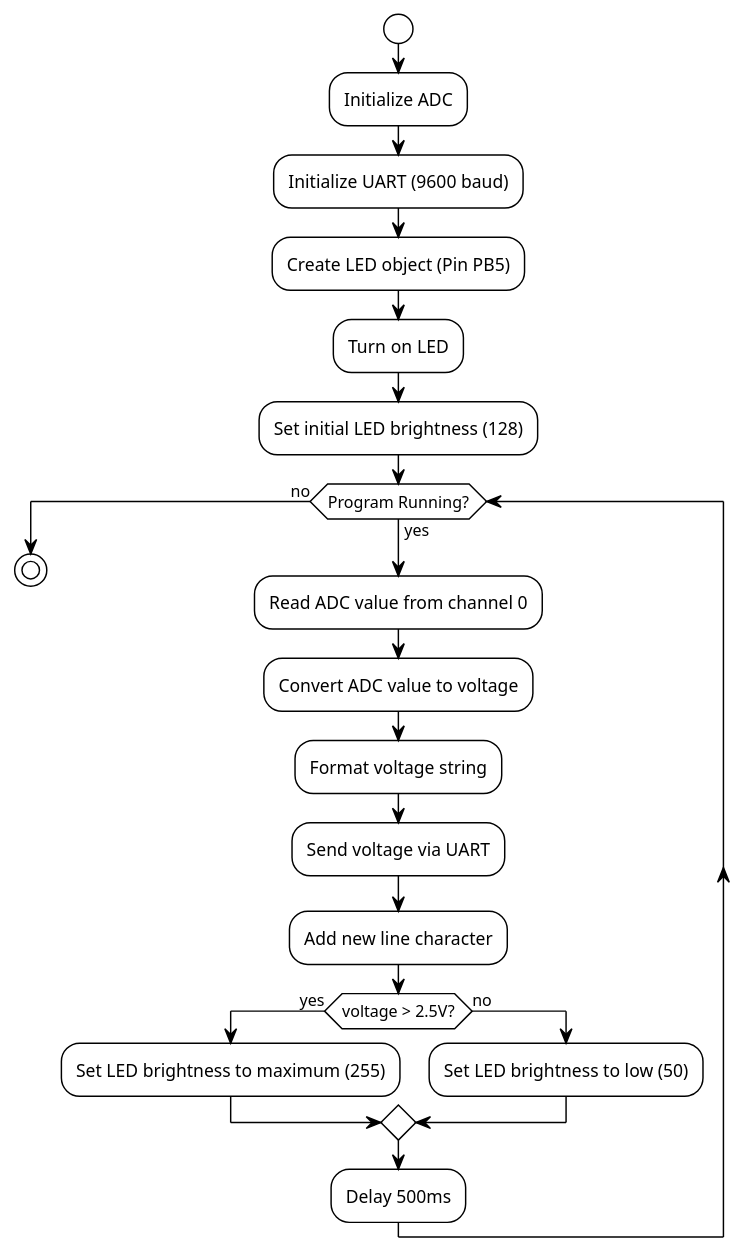
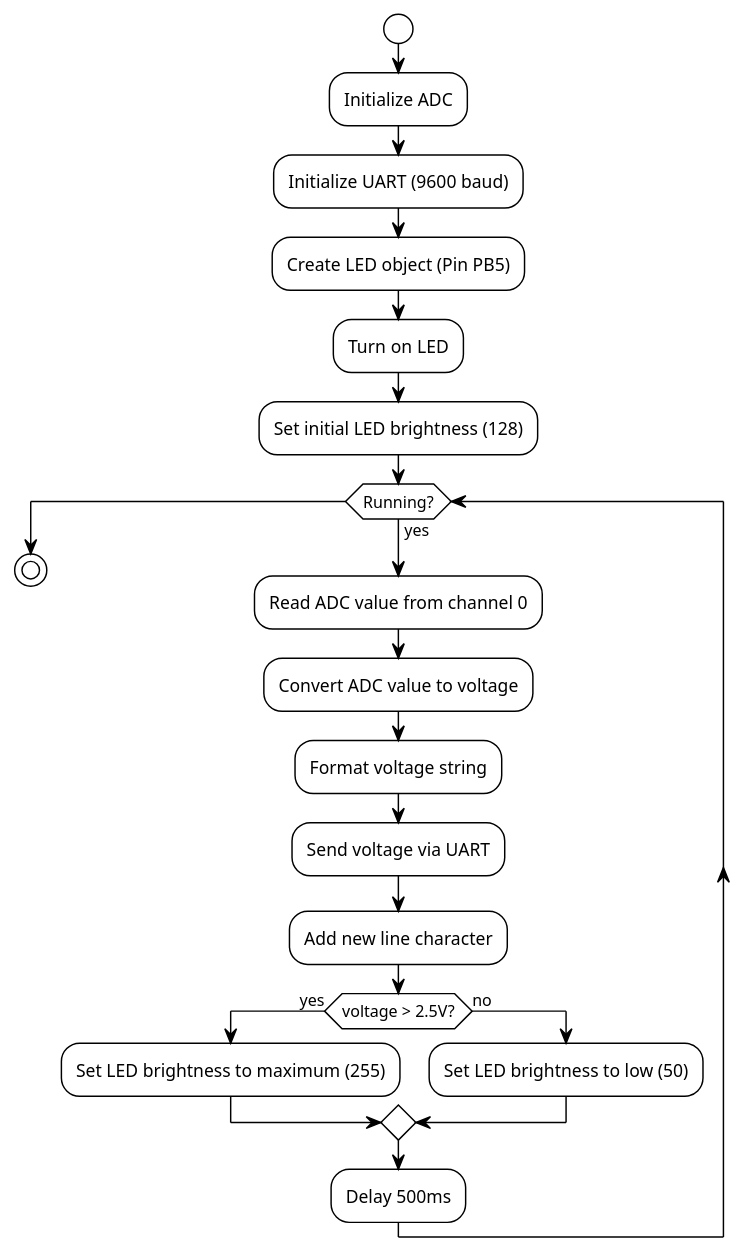
The diagram in docs/flowchart.puml (CarlosSilva-git/TP1), drawn with PlantUML before and after one commit. The commit also changed 2 other files, not shown here.

Commit message:
Update flowchart and upload svg

```diff
--- a/docs/flowchart.puml
+++ b/docs/flowchart.puml
@@ -1,33 +1,33 @@
 @startuml Program Flow
 
 !theme plain
 skinparam backgroundColor white
 
 start
 
 :Initialize ADC;
 :Initialize UART (9600 baud);
 :Create LED object (Pin PB5);
 :Turn on LED;
 :Set initial LED brightness (128);
 
-while (Program Running?) is (yes)
+while (Running?) is (yes)
     :Read ADC value from channel 0;
     :Convert ADC value to voltage;
     :Format voltage string;
     
     :Send voltage via UART;
     :Add new line character;
     
     if (voltage > 2.5V?) then (yes)
         :Set LED brightness to maximum (255);
     else (no)
         :Set LED brightness to low (50);
     endif
     
     :Delay 500ms;
-endwhile (no)
+endwhile
 
 stop
 
 @enduml
```
